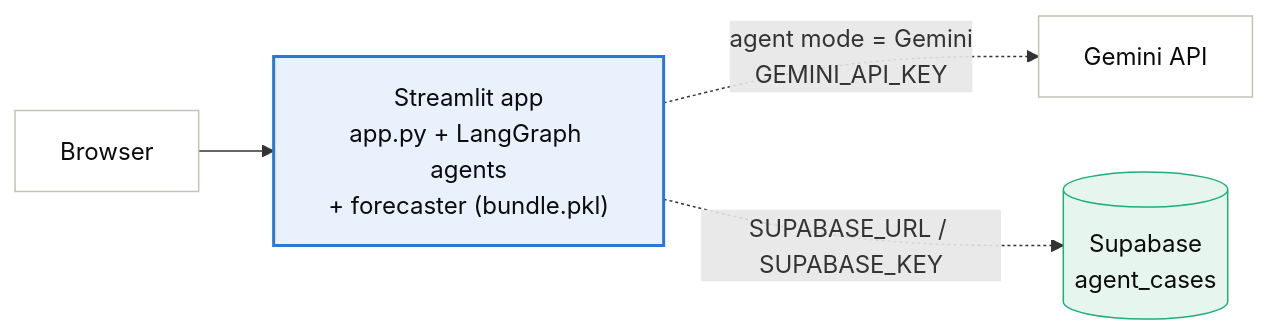
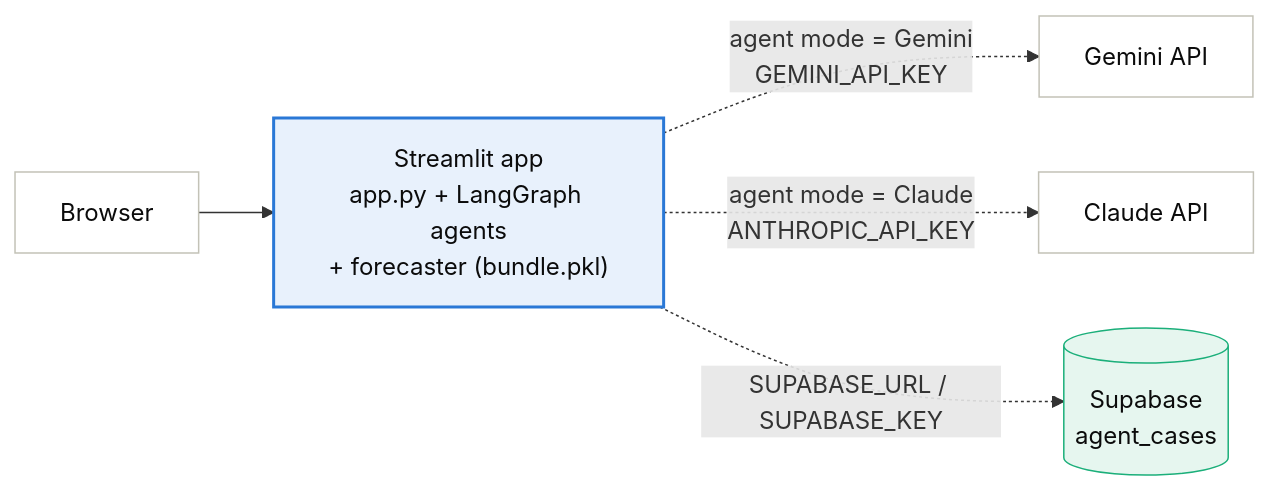
One commit to NuBFightForMyDream/2110582_AI_and_Its_Applications_CEDT changed the eighth of 8 diagrams in README.md. Above: the diagram before and after it, drawn with Mermaid. The commit also changed other lines of this file and 12 other files, not shown here.

First line of the commit message:
Add Claude Haiku agent mode alongside Gemini

````diff
--- a/README.md
+++ b/README.md
@@ -301,9 +303,10 @@
 ```mermaid
 flowchart LR
     U["Browser"]:::step --> A["Streamlit app<br/>app.py + LangGraph agents<br/>+ forecaster (bundle.pkl)"]:::ai
     A -. "agent mode = Gemini<br/>GEMINI_API_KEY" .-> G["Gemini API"]:::step
+    A -. "agent mode = Claude<br/>ANTHROPIC_API_KEY" .-> CL["Claude API"]:::step
     A -. "SUPABASE_URL / SUPABASE_KEY" .-> D[("Supabase<br/>agent_cases")]:::ok
     classDef step fill:#ffffff,stroke:#c3c2b7,color:#0b0b0b
     classDef ai fill:#e8f1fc,stroke:#2a78d6,color:#0b0b0b,stroke-width:2px
     classDef ok fill:#e6f6ef,stroke:#1baf7a,color:#0b0b0b
 ```
````
